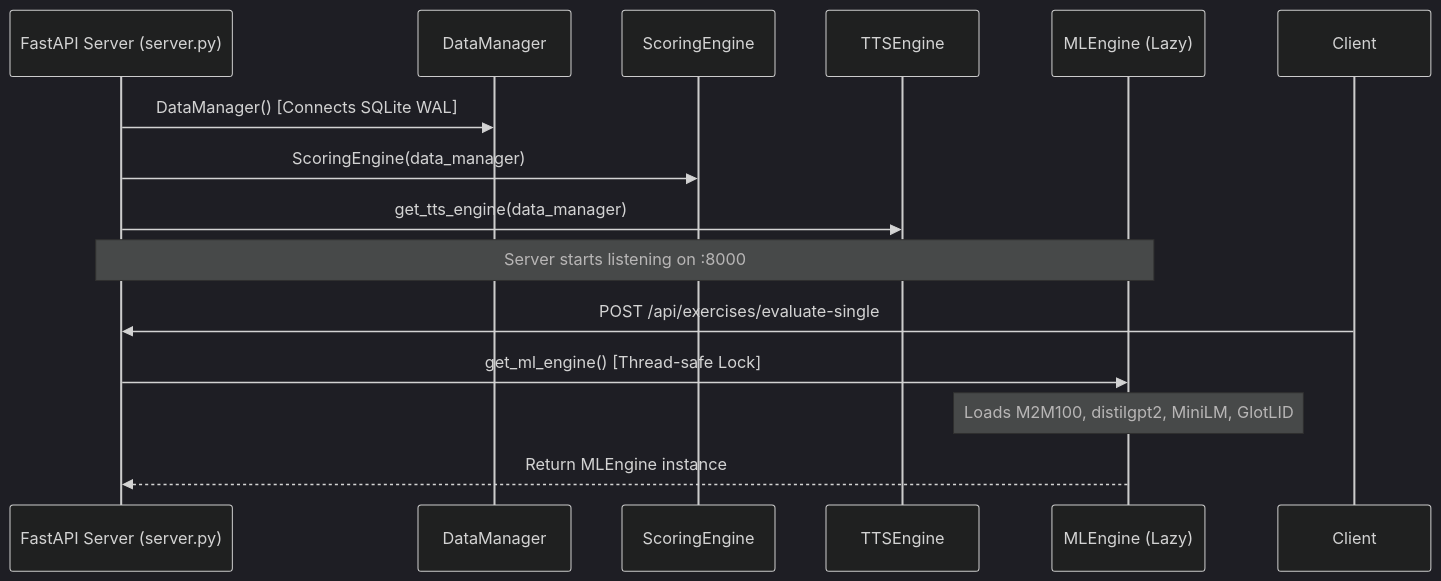
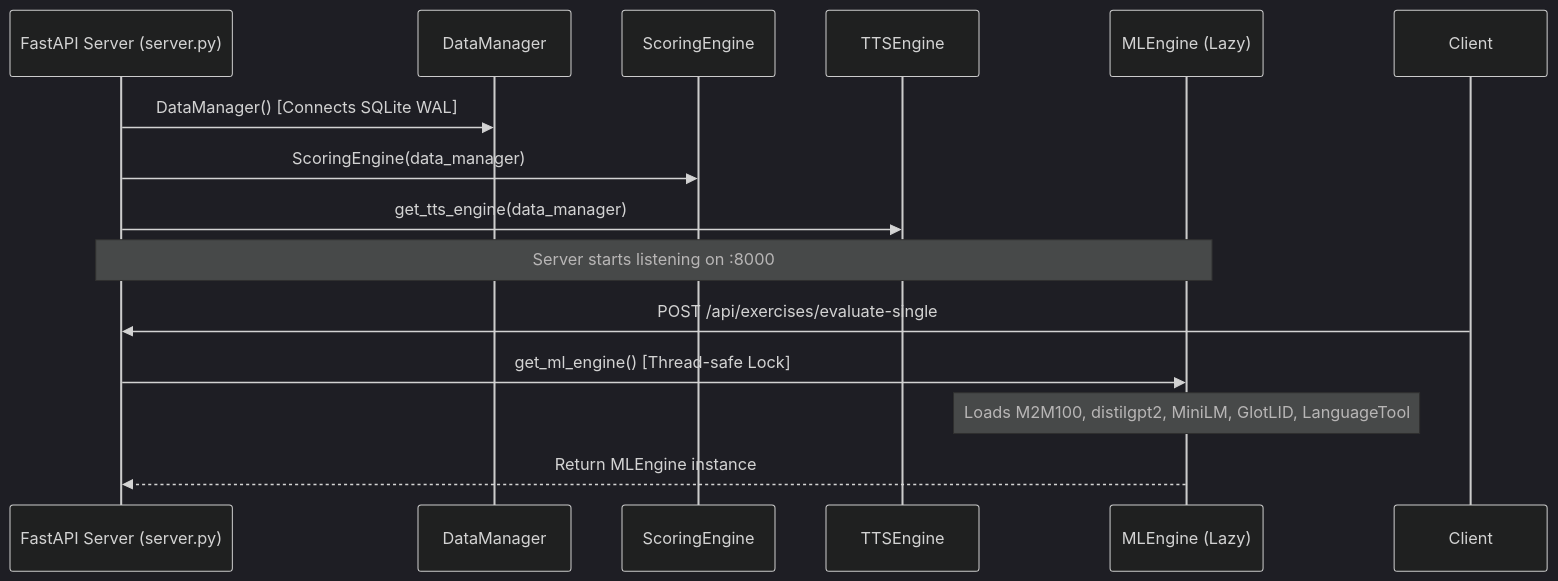
Before and after one commit to eyengabompongo8/deep-tutor: the first of 2 diagrams in docs/Backend Architecture.md, drawn with Mermaid (dark theme). The commit also changed other lines of this file, not shown here.

````diff
--- a/docs/Backend Architecture.md
+++ b/docs/Backend Architecture.md
@@ -11,17 +11,17 @@
 ```mermaid
 sequenceDiagram
     participant S as FastAPI Server (server.py)
     participant DM as DataManager
     participant SE as ScoringEngine
     participant TTS as TTSEngine
     participant ML as MLEngine (Lazy)
 
     S->>DM: DataManager() [Connects SQLite WAL]
     S->>SE: ScoringEngine(data_manager)
     S->>TTS: get_tts_engine(data_manager)
     Note over S,ML: Server starts listening on :8000
     Client->>S: POST /api/exercises/evaluate-single
     S->>ML: get_ml_engine() [Thread-safe Lock]
-    Note over ML: Loads M2M100, distilgpt2, MiniLM, GlotLID
+    Note over ML: Loads M2M100, distilgpt2, MiniLM, GlotLID, LanguageTool
     ML-->>S: Return MLEngine instance
 ```
````
